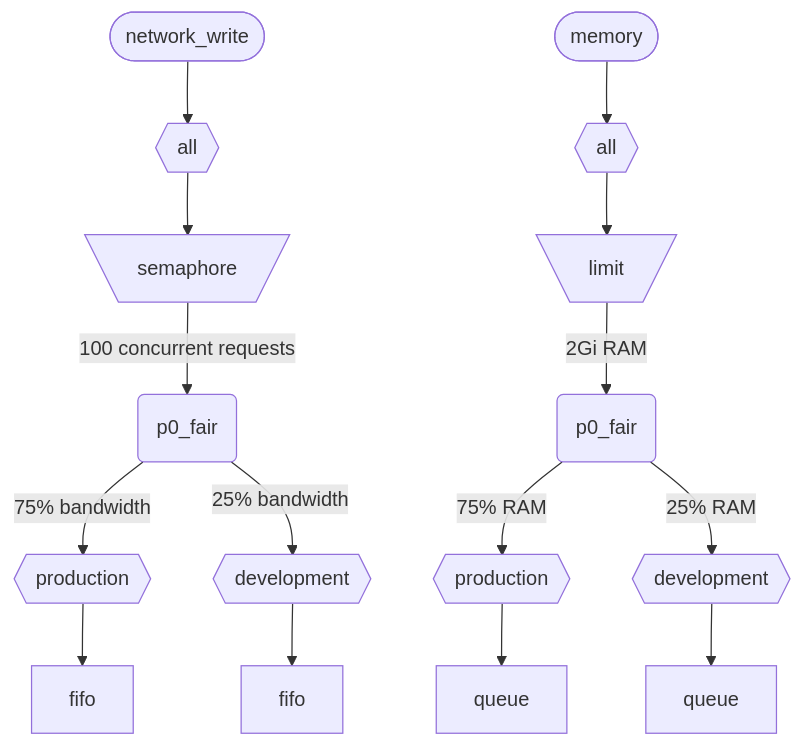
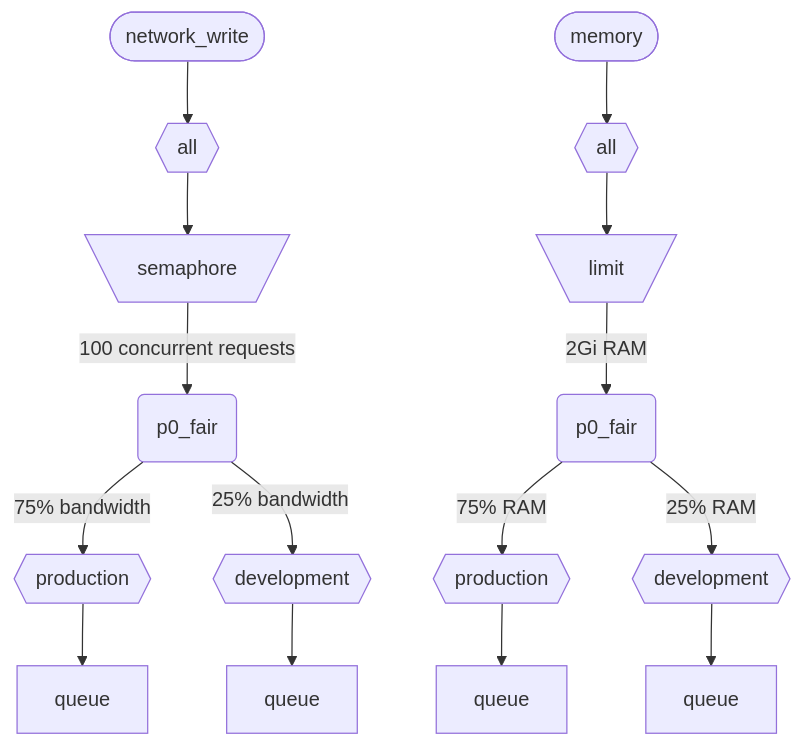
Before and after one commit to coderabbit-demo/clickhouse-demo: the third of 3 diagrams in docs/ar/concepts/features/configuration/server-config/workload-scheduling.mdx, drawn with Mermaid. The commit also changed other lines of this file and 20674 other files, not shown here.

````diff
--- a/docs/ar/concepts/features/configuration/server-config/workload-scheduling.mdx
+++ b/docs/ar/concepts/features/configuration/server-config/workload-scheduling.mdx
@@ -401,22 +437,22 @@
 ```mermaid
 graph TD
     nw_root(["network_write"])
     -->nw_all{{"all"}}
     -->nw_semp[\"semaphore"/]
     -->|100 concurrent requests| nw_fair("p0_fair")
     -->|75% bandwidth| nw_prod{{"production"}}
-    -->nw_prod_q["fifo"]
+    -->nw_prod_q["queue"]
     nw_fair
     -->|25% bandwidth| nw_dev{{"development"}}
-    -->nw_dev_q["fifo"]
+    -->nw_dev_q["queue"]
 
     mem_root(["memory"])
     -->mem_all{{"all"}}
     -->mem_semp[\"limit"/]
     -->|2Gi RAM| mem_fair("p0_fair")
     -->|75% RAM| mem_prod{{"production"}}
     -->mem_prod_q["queue"]
     mem_fair
     -->|25% RAM| mem_dev{{"development"}}
     -->mem_dev_q["queue"]
 ```
````
